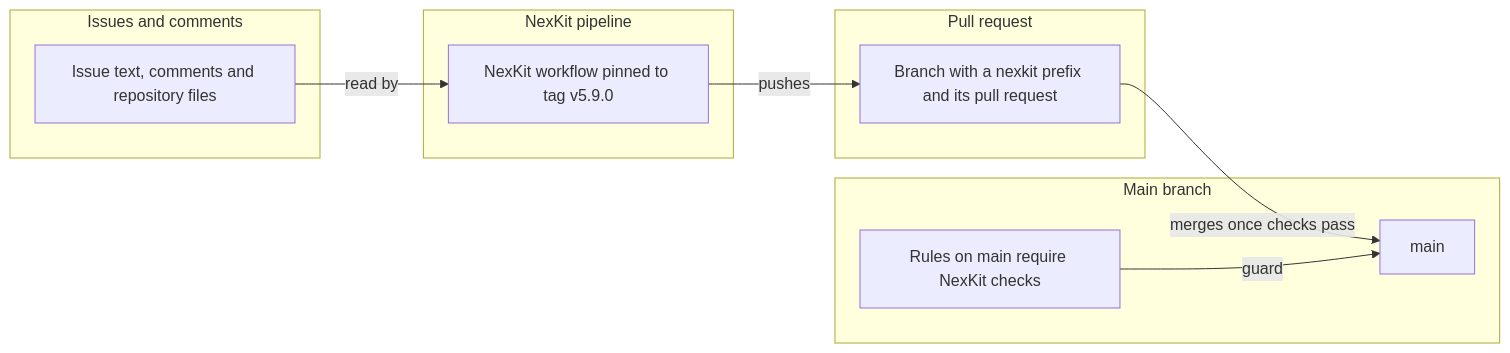
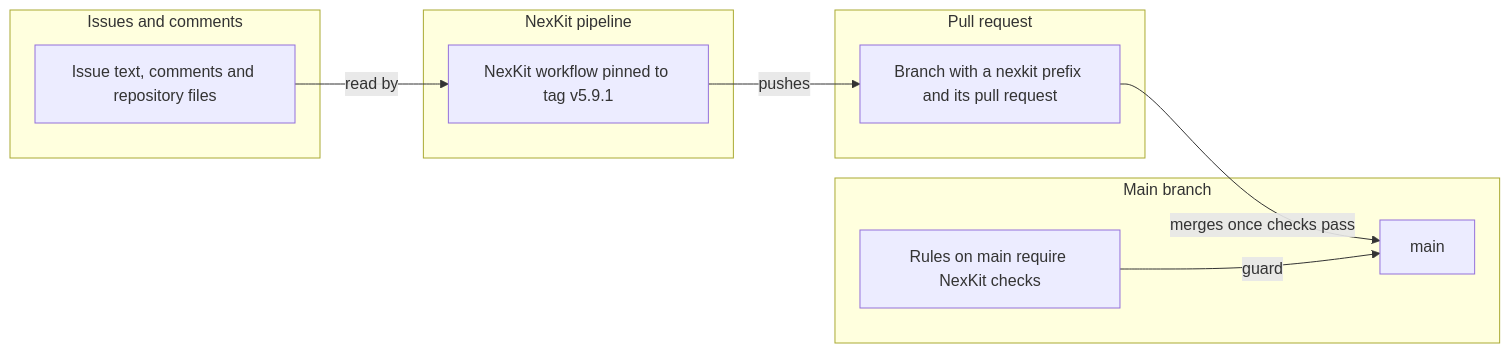
Before and after one commit to phuongnse/axis: diagram 27 of 29 in docs/reference/threat-model.md, drawn with Mermaid. The commit also changed other lines of this file and 1 other file, not shown here.

Commit message:
Upgrade NexKit to 5.9.1, which bounds a timed-out command and starts the bug issue that waiting pull requests need

````diff
--- a/docs/reference/threat-model.md
+++ b/docs/reference/threat-model.md
@@ -804,20 +804,20 @@
 ```mermaid
 flowchart LR
     subgraph issues [Issues and comments]
         Text[Issue text, comments and repository files]
     end
     subgraph pipeline [NexKit pipeline]
-        Run[NexKit workflow pinned to tag v5.9.0]
+        Run[NexKit workflow pinned to tag v5.9.1]
     end
     subgraph review [Pull request]
         Branch[Branch with a nexkit prefix and its pull request]
     end
     subgraph trunk [Main branch]
         Rules[Rules on main require NexKit checks]
         Main[main]
     end
     Text -->|read by| Run
     Run -->|pushes| Branch
     Branch -->|merges once checks pass| Main
     Rules -->|guard| Main
 ```
````
